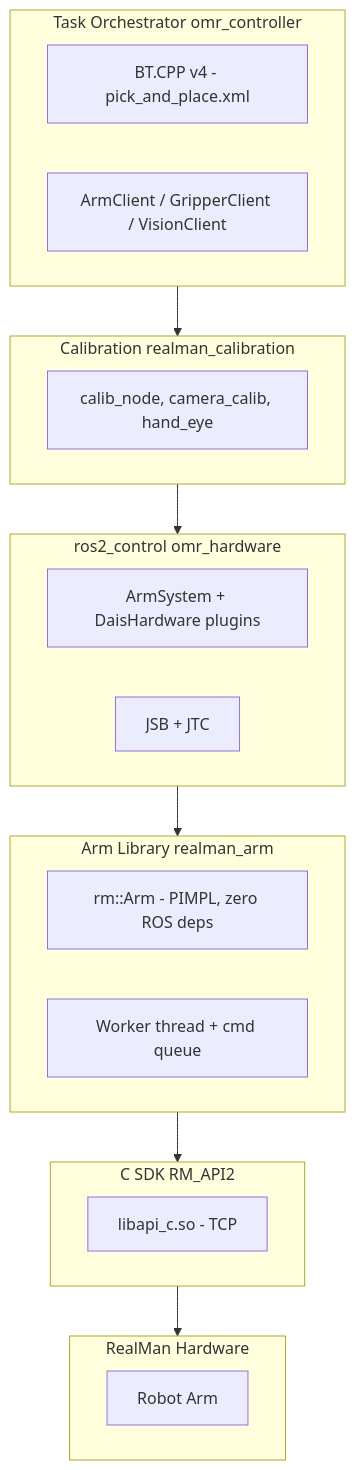
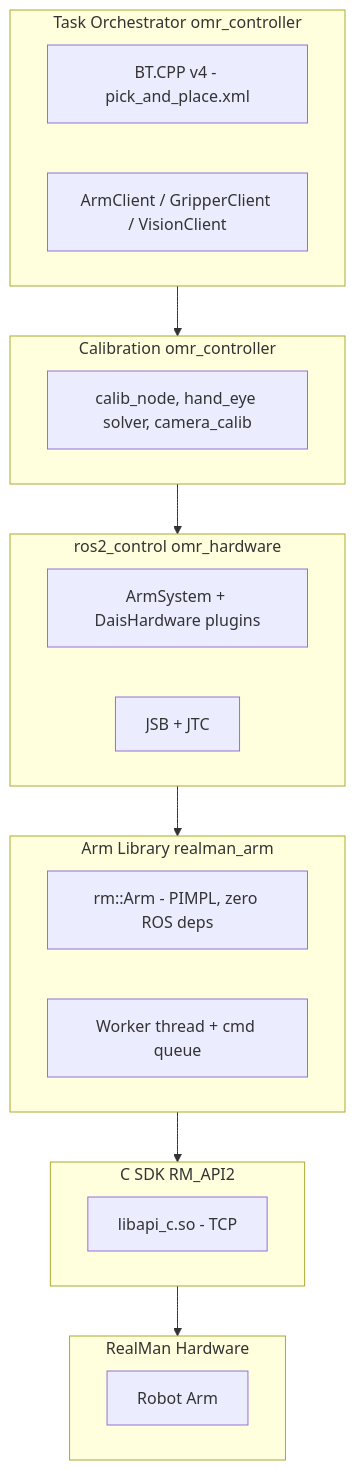
The second of 2 diagrams in docs/ONBOARDING.md (sunyuming53-byte/the_first_box), drawn with Mermaid before and after one commit. The commit also changed other lines of this file and 15 other files, not shown here.

First line of the commit message:
chore: update all realman_calibration references to omr_controller/omr_vision

````diff
--- a/docs/ONBOARDING.md
+++ b/docs/ONBOARDING.md
@@ -194,25 +192,25 @@
 ```mermaid
 graph TD
     subgraph L1["Task Orchestrator omr_controller"]
         bt["BT.CPP v4 - pick_and_place.xml"]
         clients["ArmClient / GripperClient / VisionClient"]
     end
-    subgraph L2["Calibration realman_calibration"]
-        calib["calib_node, camera_calib, hand_eye"]
+    subgraph L2["Calibration omr_controller"]
+        calib["calib_node, hand_eye solver, camera_calib"]
     end
     subgraph L3["ros2_control omr_hardware"]
         plugins["ArmSystem + DaisHardware plugins"]
         ctrl["JSB + JTC"]
     end
     subgraph L4["Arm Library realman_arm"]
         arm["rm::Arm - PIMPL, zero ROS deps"]
         thread["Worker thread + cmd queue"]
     end
     subgraph L5["C SDK RM_API2"]
         sdk["libapi_c.so - TCP"]
     end
     subgraph L6["RealMan Hardware"]
         hw["Robot Arm"]
     end
     L1 --> L2 --> L3 --> L4 --> L5 --> L6
 ```
````
